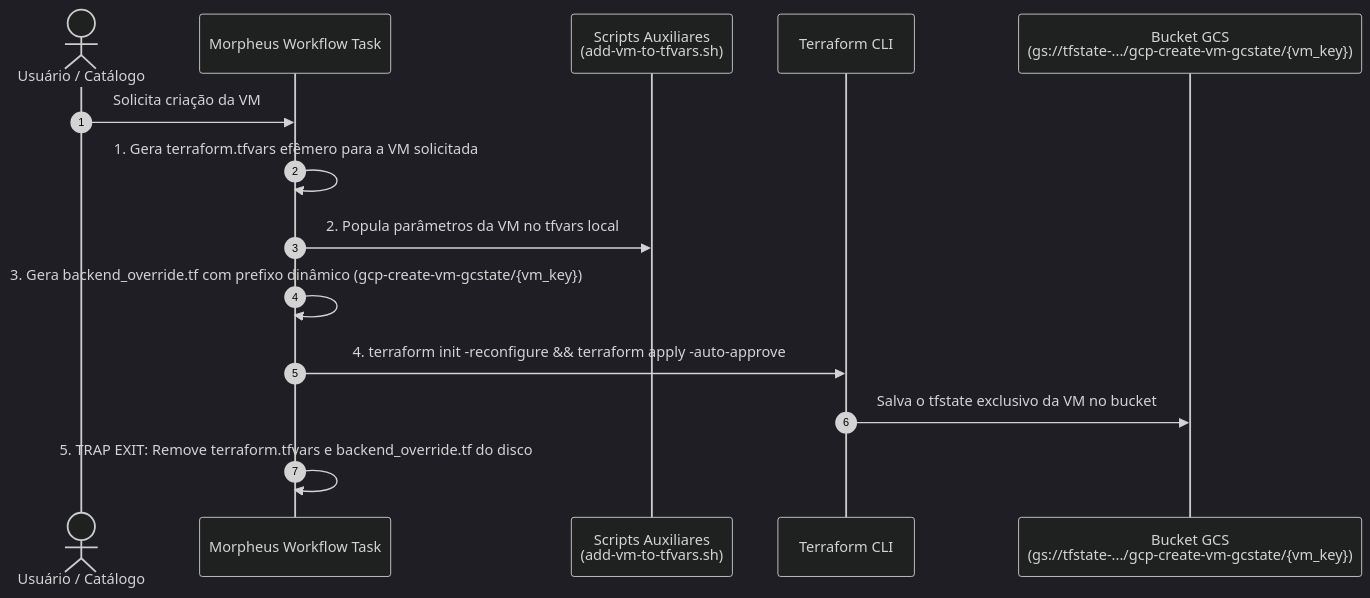
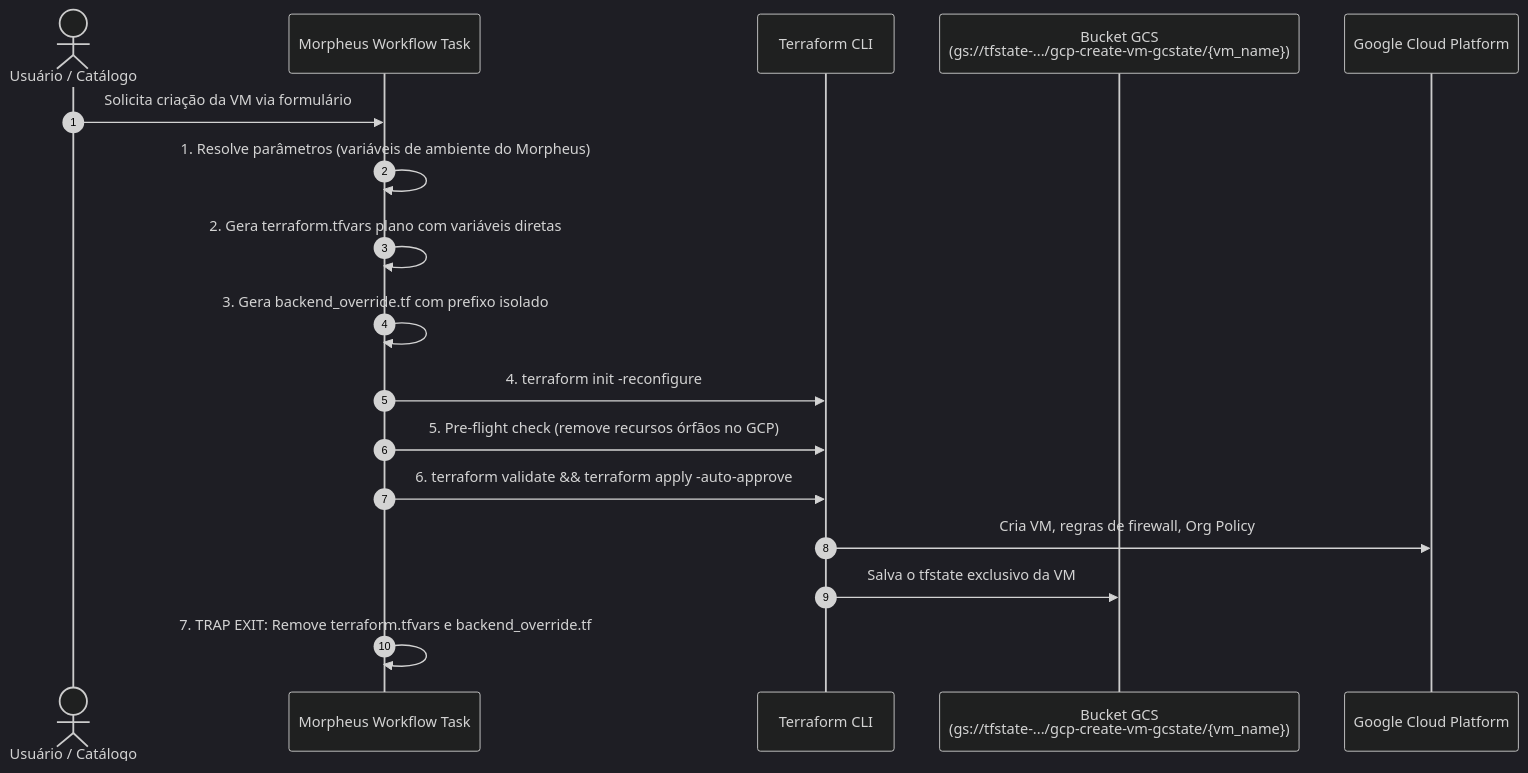
One commit to devopsvanilla/gcp-terraform-ansible-samples changed the first of 2 diagrams in PoCs/morpheus-tf-remotestate/README.md. Above: the diagram before and after it, drawn with Mermaid (dark theme). The commit also changed other lines of this file and 1 other file, not shown here.

Commit message:
feat: add PoC documentation and cleanup script for Morpheus GCP remote state management

````diff
--- a/PoCs/morpheus-tf-remotestate/README.md
+++ b/PoCs/morpheus-tf-remotestate/README.md
@@ -23,17 +43,20 @@
 ```mermaid
 sequenceDiagram
     autonumber
     actor Solicitante as Usuário / Catálogo
     participant Morph as Morpheus Workflow Task
-    participant Script as Scripts Auxiliares<br/>(add-vm-to-tfvars.sh)
     participant TF as Terraform CLI
-    participant GCS as Bucket GCS<br/>(gs://tfstate-.../gcp-create-vm-gcstate/{vm_key})
+    participant GCS as Bucket GCS<br/>(gs://tfstate-.../gcp-create-vm-gcstate/{vm_name})
+    participant GCP as Google Cloud Platform
 
-    Solicitante->>Morph: Solicita criação da VM
-    Morph->>Morph: 1. Gera terraform.tfvars efêmero para a VM solicitada
-    Morph->>Script: 2. Popula parâmetros da VM no tfvars local
-    Morph->>Morph: 3. Gera backend_override.tf com prefixo dinâmico (gcp-create-vm-gcstate/{vm_key})
-    Morph->>TF: 4. terraform init -reconfigure && terraform apply -auto-approve
-    TF->>GCS: Salva o tfstate exclusivo da VM no bucket
-    Morph->>Morph: 5. TRAP EXIT: Remove terraform.tfvars e backend_override.tf do disco
+    Solicitante->>Morph: Solicita criação da VM via formulário
+    Morph->>Morph: 1. Resolve parâmetros (variáveis de ambiente do Morpheus)
+    Morph->>Morph: 2. Gera terraform.tfvars plano com variáveis diretas
+    Morph->>Morph: 3. Gera backend_override.tf com prefixo isolado
+    Morph->>TF: 4. terraform init -reconfigure
+    Morph->>TF: 5. Pre-flight check (remove recursos órfãos no GCP)
+    Morph->>TF: 6. terraform validate && terraform apply -auto-approve
+    TF->>GCP: Cria VM, regras de firewall, Org Policy
+    TF->>GCS: Salva o tfstate exclusivo da VM
+    Morph->>Morph: 7. TRAP EXIT: Remove terraform.tfvars e backend_override.tf
 ```
````
